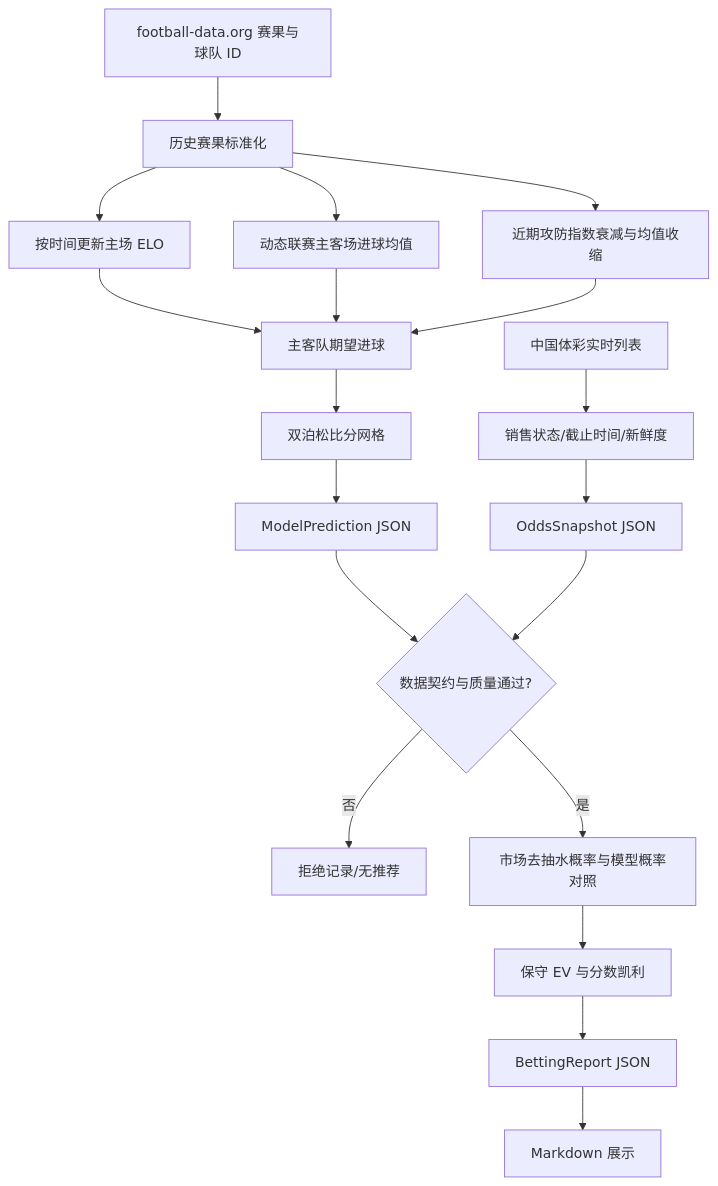
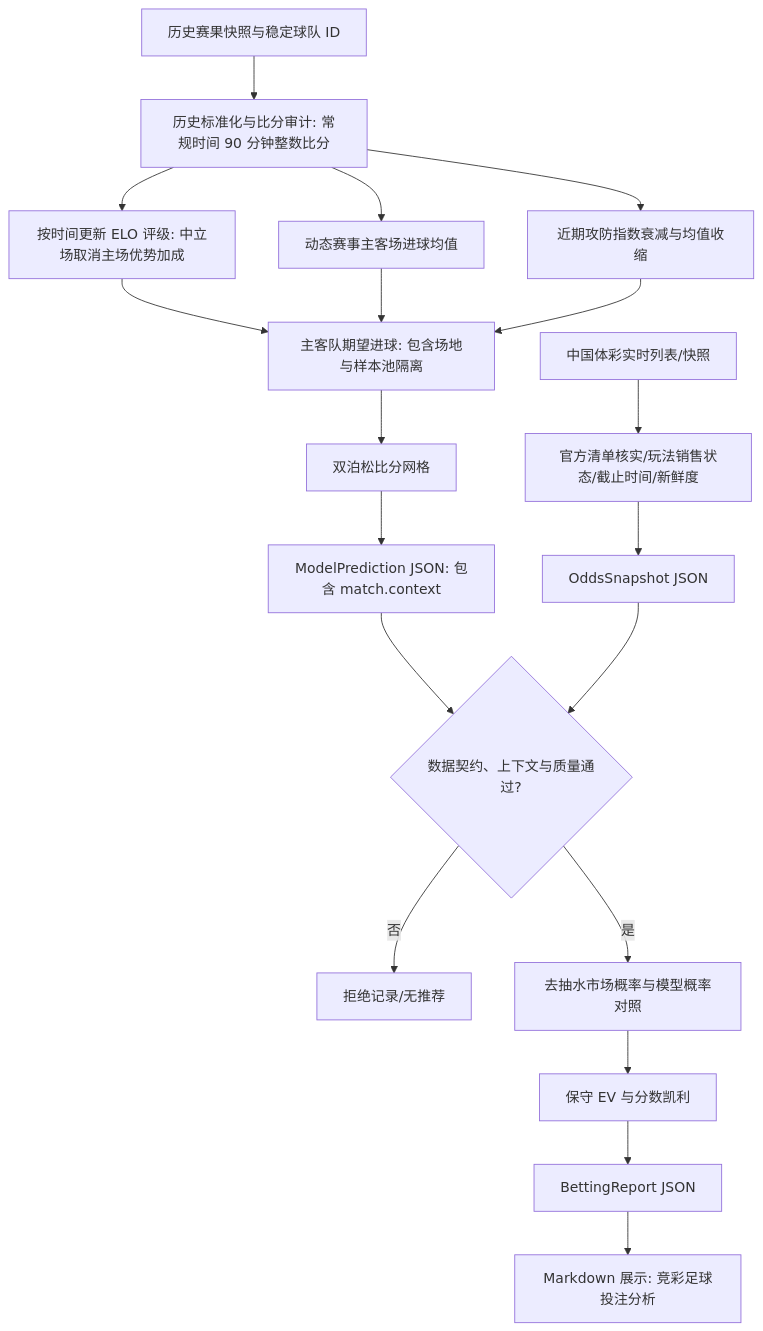
The diagram in process.md (RicardoKLee/football-lottery), drawn with Mermaid before and after one commit. The commit also changed other lines of this file and 38 other files, not shown here.

````diff
--- a/process.md
+++ b/process.md
@@ -8,21 +8,21 @@
 ```mermaid
 flowchart TD
-    A[football-data.org 赛果与球队 ID] --> B[历史赛果标准化]
-    B --> C[按时间更新主场 ELO]
-    B --> D[动态联赛主客场进球均值]
+    A[历史赛果快照与稳定球队 ID] --> B[历史标准化与比分审计: 常规时间 90 分钟整数比分]
+    B --> C[按时间更新 ELO 评级: 中立场取消主场优势加成]
+    B --> D[动态赛事主客场进球均值]
     B --> E[近期攻防指数衰减与均值收缩]
-    C --> F[主客队期望进球]
+    C --> F[主客队期望进球: 包含场地与样本池隔离]
     D --> F
     E --> F
     F --> G[双泊松比分网格]
-    G --> H[ModelPrediction JSON]
-    I[中国体彩实时列表] --> J[销售状态/截止时间/新鲜度]
+    G --> H[ModelPrediction JSON: 包含 match.context]
+    I[中国体彩实时列表/快照] --> J[官方清单核实/玩法销售状态/截止时间/新鲜度]
     J --> K[OddsSnapshot JSON]
-    H --> L{数据契约与质量通过?}
+    H --> L{数据契约、上下文与质量通过?}
     K --> L
     L -->|否| M[拒绝记录/无推荐]
-    L -->|是| N[市场去抽水概率与模型概率对照]
+    L -->|是| N[去抽水市场概率与模型概率对照]
     N --> O[保守 EV 与分数凯利]
     O --> P[BettingReport JSON]
-    P --> Q[Markdown 展示]
+    P --> Q[Markdown 展示: 竞彩足球投注分析]
 ```
````
